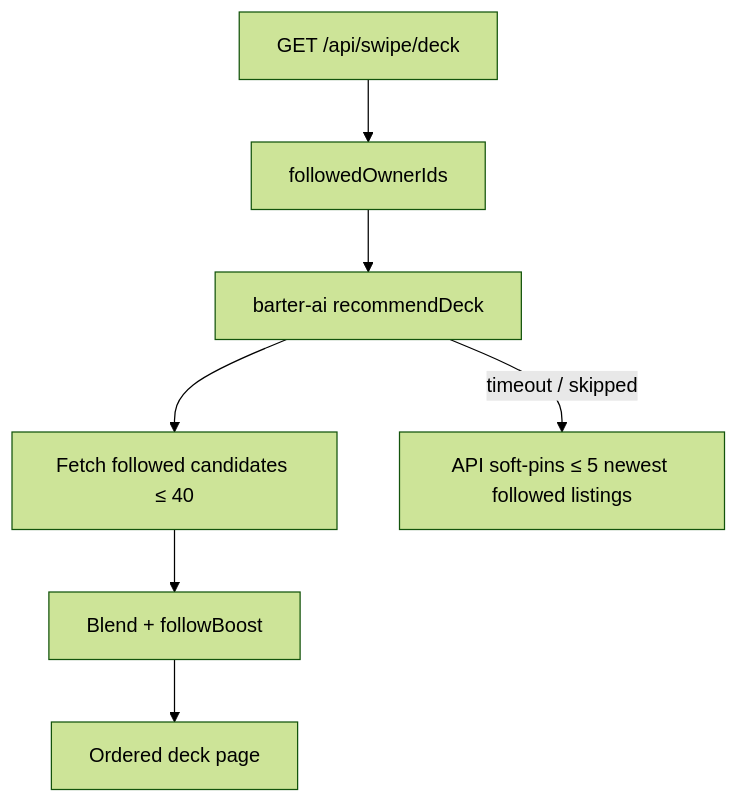
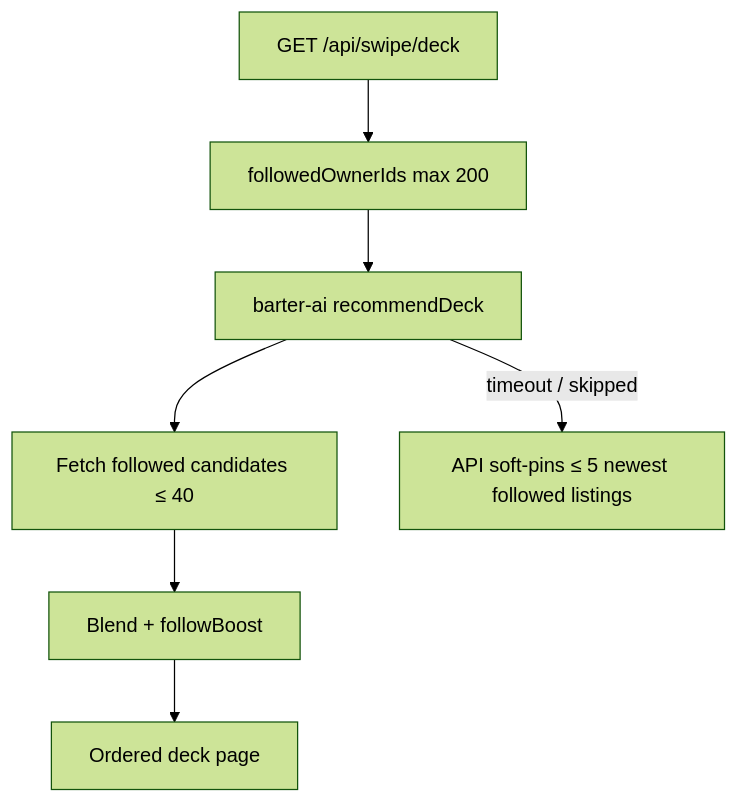
Before and after one commit to barterinfo/swaphaven-backend: diagram 11 of 13 in docs/FOLLOW_FEATURE.md, drawn with Mermaid (forest theme). The commit also changed other lines of this file and 2 other files, not shown here.

````diff
--- a/docs/FOLLOW_FEATURE.md
+++ b/docs/FOLLOW_FEATURE.md
@@ -364,10 +412,10 @@
 ```mermaid
 flowchart TD
-  Deck[GET /api/swipe/deck] --> Followees[followedOwnerIds]
+  Deck[GET /api/swipe/deck] --> Followees["followedOwnerIds max 200"]
   Followees --> AI[barter-ai recommendDeck]
   AI --> Inject[Fetch followed candidates ≤ 40]
   Inject --> Score[Blend + followBoost]
   Score --> Order[Ordered deck page]
 
   AI -->|timeout / skipped| SoftPin[API soft-pins ≤ 5 newest followed listings]
 ```
````
